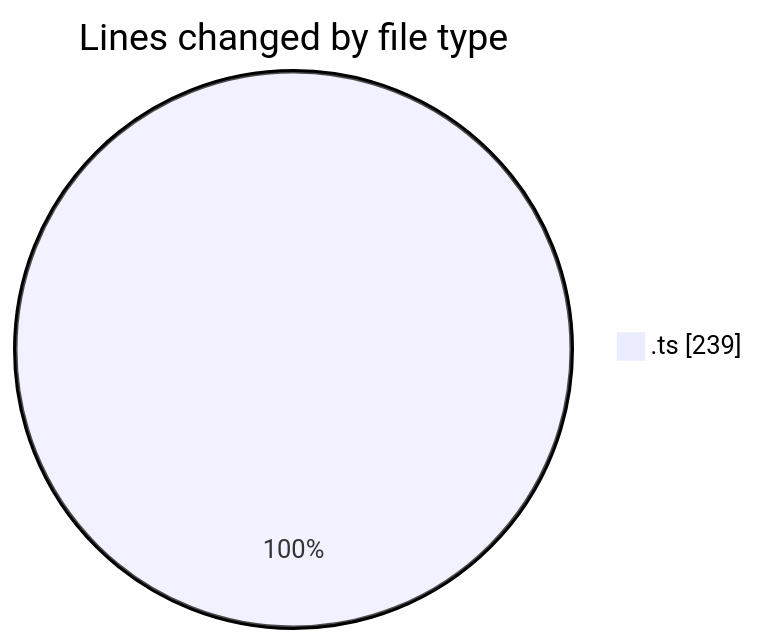
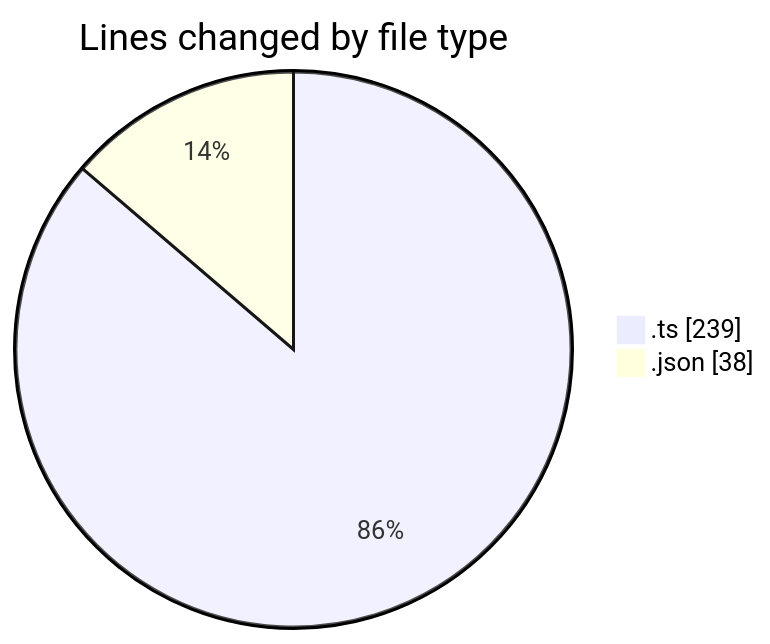
One commit to igalym/code-tracking changed the first of 2 diagrams in 2026-03-03/typescript/README.md. Above: the diagram before and after it, drawn with Mermaid. The commit also changed other lines of this file and 1 other file, not shown here.

````diff
--- a/2026-03-03/typescript/README.md
+++ b/2026-03-03/typescript/README.md
@@ -20,5 +21,6 @@
 ```mermaid
 pie showData
 title Lines changed by file type
 ".ts" : 239
+".json" : 38
 ```
````
